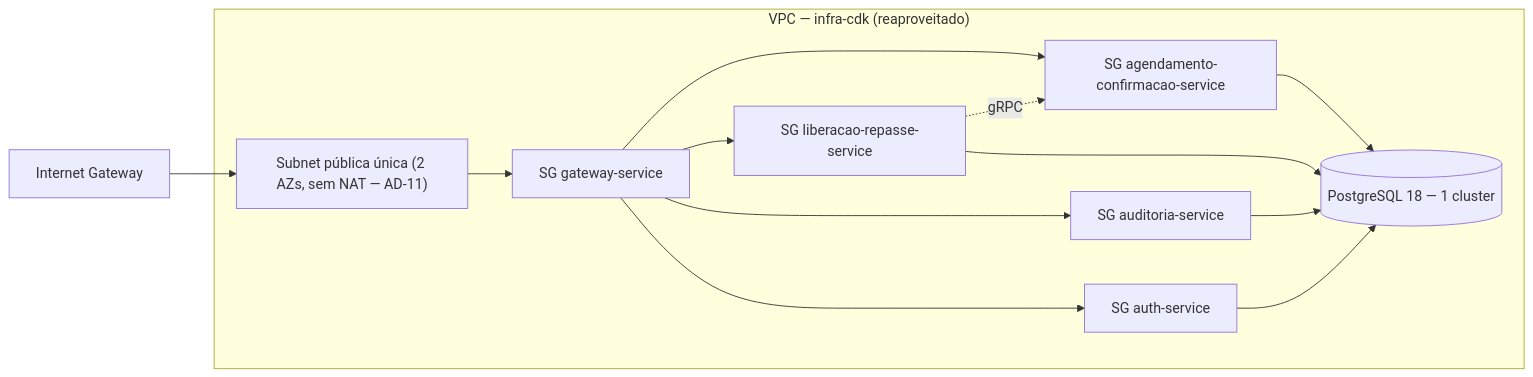
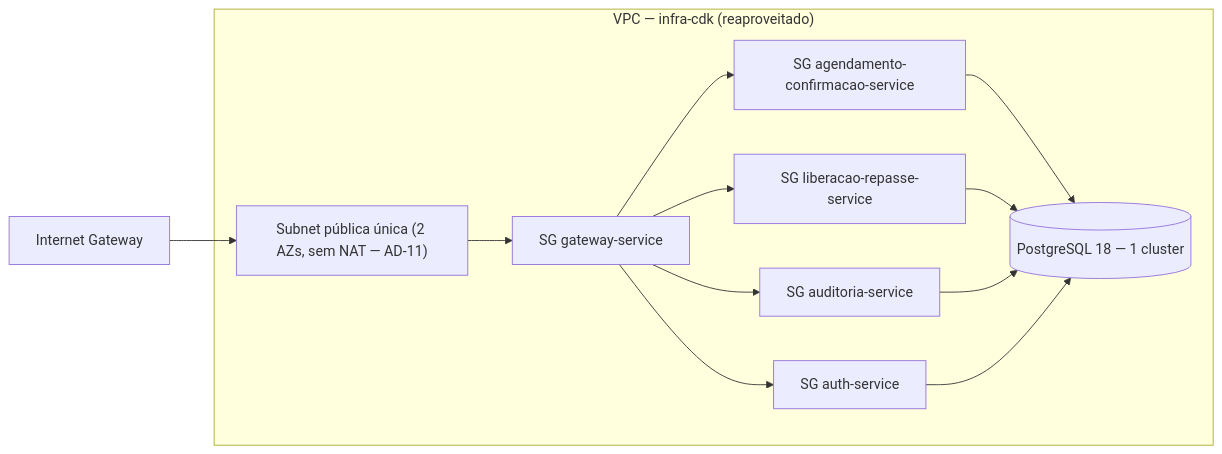
Before and after one commit to thiagohaf/adjt-fase5-fila-justa: the third of 4 diagrams in _bmad-output/planning-artifacts/architecture/architecture-Fase5-2026-09-17/ARCHITECTURE-SPINE.md, drawn with Mermaid. The commit also changed other lines of this file and 8 other files, not shown here.

````diff
--- a/_bmad-output/planning-artifacts/architecture/architecture-Fase5-2026-09-17/ARCHITECTURE-SPINE.md
+++ b/_bmad-output/planning-artifacts/architecture/architecture-Fase5-2026-09-17/ARCHITECTURE-SPINE.md
@@ -220,16 +221,15 @@
 ```mermaid
 graph LR
   IGW[Internet Gateway] --> SUBPUB["Subnet pública única (2 AZs, sem NAT — AD-11)"]
   subgraph VPC["VPC — infra-cdk (reaproveitado)"]
     SUBPUB --> SGGW["SG gateway-service"]
     SGGW --> SGAC["SG agendamento-confirmacao-service"]
     SGGW --> SGLR["SG liberacao-repasse-service"]
     SGGW --> SGAU["SG auditoria-service"]
     SGGW --> SGAUTH["SG auth-service"]
-    SGLR -. gRPC .-> SGAC
     SGAC --> PG[("PostgreSQL 18 — 1 cluster")]
     SGLR --> PG
     SGAU --> PG
     SGAUTH --> PG
   end
 ```
````
